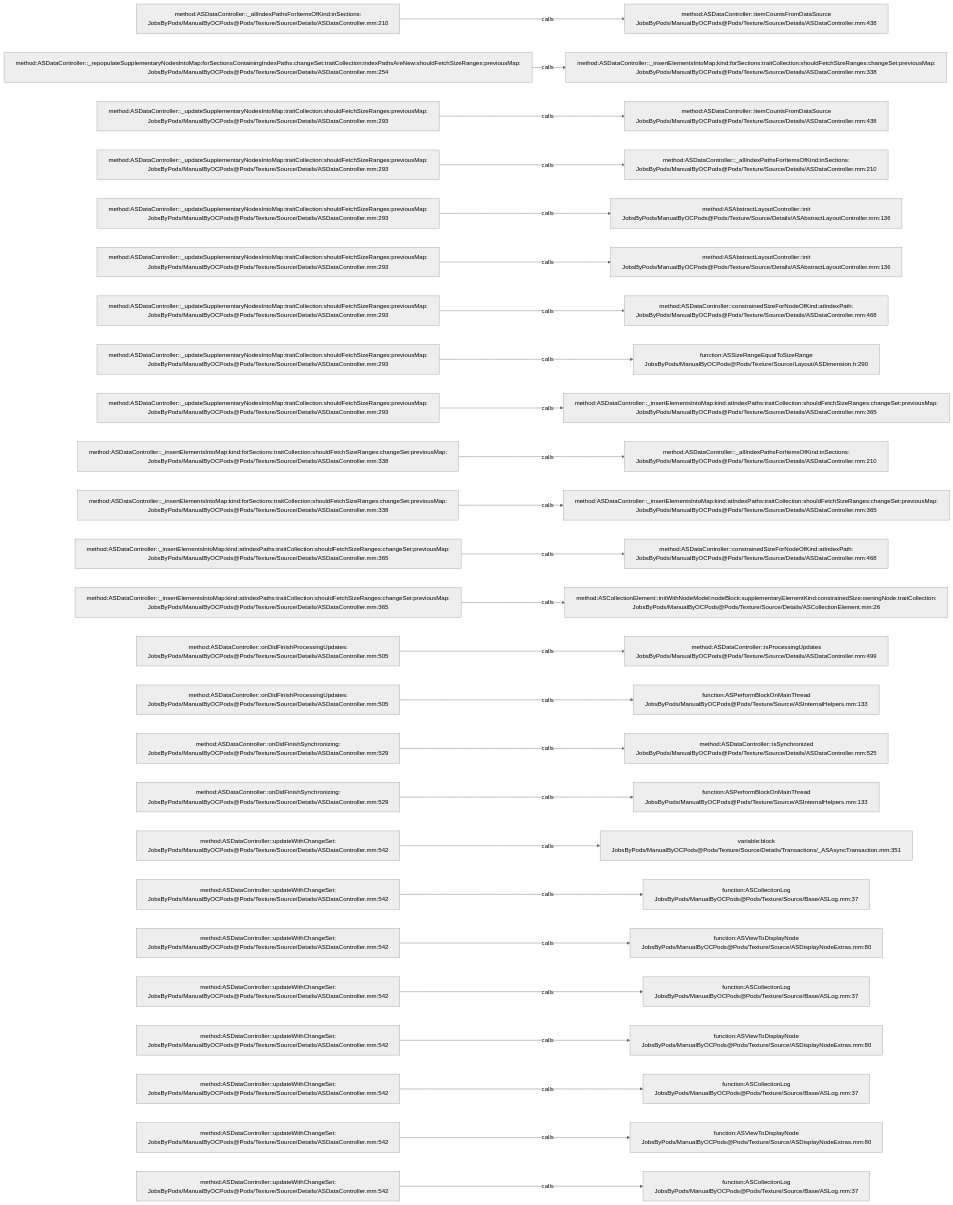
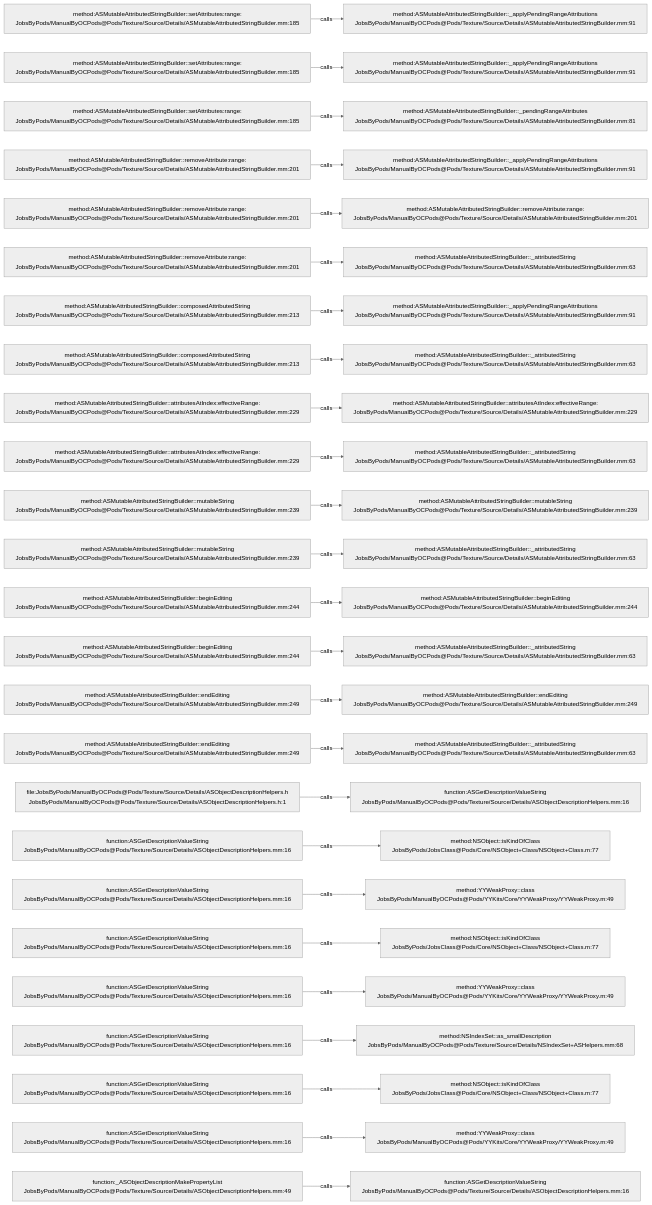
Before and after one commit to JobsKits/JobsOCBaseConfigDemo: the diagram in .codegraph/codegraph.md/graphs/calls-162.md, drawn with Mermaid (neutral theme). The commit also changed 1223 other files, not shown here.

````diff
--- a/.codegraph/codegraph.md/graphs/calls-162.md
+++ b/.codegraph/codegraph.md/graphs/calls-162.md
@@ -13,78 +13,78 @@
 ```mermaid
 flowchart LR
-  S1["method:ASDataController::_allIndexPathsForItemsOfKind:inSections:<br/>JobsByPods/ManualByOCPods@Pods/Texture/Source/Details/ASDataController.mm:210"]
-  T1["method:ASDataController::itemCountsFromDataSource<br/>JobsByPods/ManualByOCPods@Pods/Texture/Source/Details/ASDataController.mm:438"]
+  S1["method:ASMutableAttributedStringBuilder::setAttributes:range:<br/>JobsByPods/ManualByOCPods@Pods/Texture/Source/Details/ASMutableAttributedStringBuilder.mm:185"]
+  T1["method:ASMutableAttributedStringBuilder::_applyPendingRangeAttributions<br/>JobsByPods/ManualByOCPods@Pods/Texture/Source/Details/ASMutableAttributedStringBuilder.mm:91"]
   S1 -->|calls| T1
-  S2["method:ASDataController::_repopulateSupplementaryNodesIntoMap:forSectionsContainingIndexPaths:changeSet:traitCollection:indexPathsAreNew:shouldFetchSizeRanges:previousMap:<br/>JobsByPods/ManualByOCPods@Pods/Texture/Source/Details/ASDataController.mm:254"]
-  T2["method:ASDataController::_insertElementsIntoMap:kind:forSections:traitCollection:shouldFetchSizeRanges:changeSet:previousMap:<br/>JobsByPods/ManualByOCPods@Pods/Texture/Source/Details/ASDataController.mm:338"]
+  S2["method:ASMutableAttributedStringBuilder::setAttributes:range:<br/>JobsByPods/ManualByOCPods@Pods/Texture/Source/Details/ASMutableAttributedStringBuilder.mm:185"]
+  T2["method:ASMutableAttributedStringBuilder::_applyPendingRangeAttributions<br/>JobsByPods/ManualByOCPods@Pods/Texture/Source/Details/ASMutableAttributedStringBuilder.mm:91"]
   S2 -->|calls| T2
-  S3["method:ASDataController::_updateSupplementaryNodesIntoMap:traitCollection:shouldFetchSizeRanges:previousMap:<br/>JobsByPods/ManualByOCPods@Pods/Texture/Source/Details/ASDataController.mm:293"]
-  T3["method:ASDataController::itemCountsFromDataSource<br/>JobsByPods/ManualByOCPods@Pods/Texture/Source/Details/ASDataController.mm:438"]
+  S3["method:ASMutableAttributedStringBuilder::setAttributes:range:<br/>JobsByPods/ManualByOCPods@Pods/Texture/Source/Details/ASMutableAttributedStringBuilder.mm:185"]
+  T3["method:ASMutableAttributedStringBuilder::_pendingRangeAttributes<br/>JobsByPods/ManualByOCPods@Pods/Texture/Source/Details/ASMutableAttributedStringBuilder.mm:81"]
   S3 -->|calls| T3
-  S4["method:ASDataController::_updateSupplementaryNodesIntoMap:traitCollection:shouldFetchSizeRanges:previousMap:<br/>JobsByPods/ManualByOCPods@Pods/Texture/Source/Details/ASDataController.mm:293"]
-  T4["method:ASDataController::_allIndexPathsForItemsOfKind:inSections:<br/>JobsByPods/ManualByOCPods@Pods/Texture/Source/Details/ASDataController.mm:210"]
+  S4["method:ASMutableAttributedStringBuilder::removeAttribute:range:<br/>JobsByPods/ManualByOCPods@Pods/Texture/Source/Details/ASMutableAttributedStringBuilder.mm:201"]
+  T4["method:ASMutableAttributedStringBuilder::_applyPendingRangeAttributions<br/>JobsByPods/ManualByOCPods@Pods/Texture/Source/Details/ASMutableAttributedStringBuilder.mm:91"]
   S4 -->|calls| T4
-  S5["method:ASDataController::_updateSupplementaryNodesIntoMap:traitCollection:shouldFetchSizeRanges:previousMap:<br/>JobsByPods/ManualByOCPods@Pods/Texture/Source/Details/ASDataController.mm:293"]
-  T5["method:ASAbstractLayoutController::init<br/>JobsByPods/ManualByOCPods@Pods/Texture/Source/Details/ASAbstractLayoutController.mm:136"]
+  S5["method:ASMutableAttributedStringBuilder::removeAttribute:range:<br/>JobsByPods/ManualByOCPods@Pods/Texture/Source/Details/ASMutableAttributedStringBuilder.mm:201"]
+  T5["method:ASMutableAttributedStringBuilder::removeAttribute:range:<br/>JobsByPods/ManualByOCPods@Pods/Texture/Source/Details/ASMutableAttributedStringBuilder.mm:201"]
   S5 -->|calls| T5
-  S6["method:ASDataController::_updateSupplementaryNodesIntoMap:traitCollection:shouldFetchSizeRanges:previousMap:<br/>JobsByPods/ManualByOCPods@Pods/Texture/Source/Details/ASDataController.mm:293"]
-  T6["method:ASAbstractLayoutController::init<br/>JobsByPods/ManualByOCPods@Pods/Texture/Source/Details/ASAbstractLayoutController.mm:136"]
+  S6["method:ASMutableAttributedStringBuilder::removeAttribute:range:<br/>JobsByPods/ManualByOCPods@Pods/Texture/Source/Details/ASMutableAttributedStringBuilder.mm:201"]
+  T6["method:ASMutableAttributedStringBuilder::_attributedString<br/>JobsByPods/ManualByOCPods@Pods/Texture/Source/Details/ASMutableAttributedStringBuilder.mm:63"]
   S6 -->|calls| T6
-  S7["method:ASDataController::_updateSupplementaryNodesIntoMap:traitCollection:shouldFetchSizeRanges:previousMap:<br/>JobsByPods/ManualByOCPods@Pods/Texture/Source/Details/ASDataController.mm:293"]
-  T7["method:ASDataController::constrainedSizeForNodeOfKind:atIndexPath:<br/>JobsByPods/ManualByOCPods@Pods/Texture/Source/Details/ASDataController.mm:468"]
+  S7["method:ASMutableAttributedStringBuilder::composedAttributedString<br/>JobsByPods/ManualByOCPods@Pods/Texture/Source/Details/ASMutableAttributedStringBuilder.mm:213"]
+  T7["method:ASMutableAttributedStringBuilder::_applyPendingRangeAttributions<br/>JobsByPods/ManualByOCPods@Pods/Texture/Source/Details/ASMutableAttributedStringBuilder.mm:91"]
   S7 -->|calls| T7
-  S8["method:ASDataController::_updateSupplementaryNodesIntoMap:traitCollection:shouldFetchSizeRanges:previousMap:<br/>JobsByPods/ManualByOCPods@Pods/Texture/Source/Details/ASDataController.mm:293"]
-  T8["function:ASSizeRangeEqualToSizeRange<br/>JobsByPods/ManualByOCPods@Pods/Texture/Source/Layout/ASDimension.h:290"]
+  S8["method:ASMutableAttributedStringBuilder::composedAttributedString<br/>JobsByPods/ManualByOCPods@Pods/Texture/Source/Details/ASMutableAttributedStringBuilder.mm:213"]
+  T8["method:ASMutableAttributedStringBuilder::_attributedString<br/>JobsByPods/ManualByOCPods@Pods/Texture/Source/Details/ASMutableAttributedStringBuilder.mm:63"]
   S8 -->|calls| T8
-  S9["method:ASDataController::_updateSupplementaryNodesIntoMap:traitCollection:shouldFetchSizeRanges:previousMap:<br/>JobsByPods/ManualByOCPods@Pods/Texture/Source/Details/ASDataController.mm:293"]
-  T9["method:ASDataController::_insertElementsIntoMap:kind:atIndexPaths:traitCollection:shouldFetchSizeRanges:changeSet:previousMap:<br/>JobsByPods/ManualByOCPods@Pods/Texture/Source/Details/ASDataController.mm:365"]
+  S9["method:ASMutableAttributedStringBuilder::attributesAtIndex:effectiveRange:<br/>JobsByPods/ManualByOCPods@Pods/Texture/Source/Details/ASMutableAttributedStringBuilder.mm:229"]
+  T9["method:ASMutableAttributedStringBuilder::attributesAtIndex:effectiveRange:<br/>JobsByPods/ManualByOCPods@Pods/Texture/Source/Details/ASMutableAttributedStringBuilder.mm:229"]
   S9 -->|calls| T9
-  S10["method:ASDataController::_insertElementsIntoMap:kind:forSections:traitCollection:shouldFetchSizeRanges:changeSet:previousMap:<br/>JobsByPods/ManualByOCPods@Pods/Texture/Source/Details/ASDataController.mm:338"]
-  T10["method:ASDataController::_allIndexPathsForItemsOfKind:inSections:<br/>JobsByPods/ManualByOCPods@Pods/Texture/Source/Details/ASDataController.mm:210"]
+  S10["method:ASMutableAttributedStringBuilder::attributesAtIndex:effectiveRange:<br/>JobsByPods/ManualByOCPods@Pods/Texture/Source/Details/ASMutableAttributedStringBuilder.mm:229"]
+  T10["method:ASMutableAttributedStringBuilder::_attributedString<br/>JobsByPods/ManualByOCPods@Pods/Texture/Source/Details/ASMutableAttributedStringBuilder.mm:63"]
   S10 -->|calls| T10
-  S11["method:ASDataController::_insertElementsIntoMap:kind:forSections:traitCollection:shouldFetchSizeRanges:changeSet:previousMap:<br/>JobsByPods/ManualByOCPods@Pods/Texture/Source/Details/ASDataController.mm:338"]
-  T11["method:ASDataController::_insertElementsIntoMap:kind:atIndexPaths:traitCollection:shouldFetchSizeRanges:changeSet:previousMap:<br/>JobsByPods/ManualByOCPods@Pods/Texture/Source/Details/ASDataController.mm:365"]
+  S11["method:ASMutableAttributedStringBuilder::mutableString<br/>JobsByPods/ManualByOCPods@Pods/Texture/Source/Details/ASMutableAttributedStringBuilder.mm:239"]
+  T11["method:ASMutableAttributedStringBuilder::mutableString<br/>JobsByPods/ManualByOCPods@Pods/Texture/Source/Details/ASMutableAttributedStringBuilder.mm:239"]
   S11 -->|calls| T11
-  S12["method:ASDataController::_insertElementsIntoMap:kind:atIndexPaths:traitCollection:shouldFetchSizeRanges:changeSet:previousMap:<br/>JobsByPods/ManualByOCPods@Pods/Texture/Source/Details/ASDataController.mm:365"]
-  T12["method:ASDataController::constrainedSizeForNodeOfKind:atIndexPath:<br/>JobsByPods/ManualByOCPods@Pods/Texture/Source/Details/ASDataController.mm:468"]
+  S12["method:ASMutableAttributedStringBuilder::mutableString<br/>JobsByPods/ManualByOCPods@Pods/Texture/Source/Details/ASMutableAttributedStringBuilder.mm:239"]
+  T12["method:ASMutableAttributedStringBuilder::_attributedString<br/>JobsByPods/ManualByOCPods@Pods/Texture/Source/Details/ASMutableAttributedStringBuilder.mm:63"]
   S12 -->|calls| T12
-  S13["method:ASDataController::_insertElementsIntoMap:kind:atIndexPaths:traitCollection:shouldFetchSizeRanges:changeSet:previousMap:<br/>JobsByPods/ManualByOCPods@Pods/Texture/Source/Details/ASDataController.mm:365"]
-  T13["method:ASCollectionElement::initWithNodeModel:nodeBlock:supplementaryElementKind:constrainedSize:owningNode:traitCollection:<br/>JobsByPods/ManualByOCPods@Pods/Texture/Source/Details/ASCollectionElement.mm:26"]
+  S13["method:ASMutableAttributedStringBuilder::beginEditing<br/>JobsByPods/ManualByOCPods@Pods/Texture/Source/Details/ASMutableAttributedStringBuilder.mm:244"]
+  T13["method:ASMutableAttributedStringBuilder::beginEditing<br/>JobsByPods/ManualByOCPods@Pods/Texture/Source/Details/ASMutableAttributedStringBuilder.mm:244"]
   S13 -->|calls| T13
-  S14["method:ASDataController::onDidFinishProcessingUpdates:<br/>JobsByPods/ManualByOCPods@Pods/Texture/Source/Details/ASDataController.mm:505"]
-  T14["method:ASDataController::isProcessingUpdates<br/>JobsByPods/ManualByOCPods@Pods/Texture/Source/Details/ASDataController.mm:499"]
+  S14["method:ASMutableAttributedStringBuilder::beginEditing<br/>JobsByPods/ManualByOCPods@Pods/Texture/Source/Details/ASMutableAttributedStringBuilder.mm:244"]
+  T14["method:ASMutableAttributedStringBuilder::_attributedString<br/>JobsByPods/ManualByOCPods@Pods/Texture/Source/Details/ASMutableAttributedStringBuilder.mm:63"]
   S14 -->|calls| T14
-  S15["method:ASDataController::onDidFinishProcessingUpdates:<br/>JobsByPods/ManualByOCPods@Pods/Texture/Source/Details/ASDataController.mm:505"]
-  T15["function:ASPerformBlockOnMainThread<br/>JobsByPods/ManualByOCPods@Pods/Texture/Source/ASInternalHelpers.mm:133"]
+  S15["method:ASMutableAttributedStringBuilder::endEditing<br/>JobsByPods/ManualByOCPods@Pods/Texture/Source/Details/ASMutableAttributedStringBuilder.mm:249"]
+  T15["method:ASMutableAttributedStringBuilder::endEditing<br/>JobsByPods/ManualByOCPods@Pods/Texture/Source/Details/ASMutableAttributedStringBuilder.mm:249"]
   S15 -->|calls| T15
-  S16["method:ASDataController::onDidFinishSynchronizing:<br/>JobsByPods/ManualByOCPods@Pods/Texture/Source/Details/ASDataController.mm:529"]
-  T16["method:ASDataController::isSynchronized<br/>JobsByPods/ManualByOCPods@Pods/Texture/Source/Details/ASDataController.mm:525"]
+  S16["method:ASMutableAttributedStringBuilder::endEditing<br/>JobsByPods/ManualByOCPods@Pods/Texture/Source/Details/ASMutableAttributedStringBuilder.mm:249"]
+  T16["method:ASMutableAttributedStringBuilder::_attributedString<br/>JobsByPods/ManualByOCPods@Pods/Texture/Source/Details/ASMutableAttributedStringBuilder.mm:63"]
   S16 -->|calls| T16
-  S17["method:ASDataController::onDidFinishSynchronizing:<br/>JobsByPods/ManualByOCPods@Pods/Texture/Source/Details/ASDataController.mm:529"]
-  T17["function:ASPerformBlockOnMainThread<br/>JobsByPods/ManualByOCPods@Pods/Texture/Source/ASInternalHelpers.mm:133"]
+  S17["file:JobsByPods/ManualByOCPods@Pods/Texture/Source/Details/ASObjectDescriptionHelpers.h<br/>JobsByPods/ManualByOCPods@Pods/Texture/Source/Details/ASObjectDescriptionHelpers.h:1"]
+  T17["function:ASGetDescriptionValueString<br/>JobsByPods/ManualByOCPods@Pods/Texture/Source/Details/ASObjectDescriptionHelpers.mm:16"]
   S17 -->|calls| T17
-  S18["method:ASDataController::updateWithChangeSet:<br/>JobsByPods/ManualByOCPods@Pods/Texture/Source/Details/ASDataController.mm:542"]
-  T18["variable:block<br/>JobsByPods/ManualByOCPods@Pods/Texture/Source/Details/Transactions/_ASAsyncTransaction.mm:351"]
+  S18["function:ASGetDescriptionValueString<br/>JobsByPods/ManualByOCPods@Pods/Texture/Source/Details/ASObjectDescriptionHelpers.mm:16"]
+  T18["method:NSObject::isKindOfClass<br/>JobsByPods/JobsClass@Pods/Core/NSObject+Class/NSObject+Class.m:77"]
   S18 -->|calls| T18
-  S19["method:ASDataController::updateWithChangeSet:<br/>JobsByPods/ManualByOCPods@Pods/Texture/Source/Details/ASDataController.mm:542"]
-  T19["function:ASCollectionLog<br/>JobsByPods/ManualByOCPods@Pods/Texture/Source/Base/ASLog.mm:37"]
+  S19["function:ASGetDescriptionValueString<br/>JobsByPods/ManualByOCPods@Pods/Texture/Source/Details/ASObjectDescriptionHelpers.mm:16"]
+  T19["method:YYWeakProxy::class<br/>JobsByPods/ManualByOCPods@Pods/YYKits/Core/YYWeakProxy/YYWeakProxy.m:49"]
   S19 -->|calls| T19
-  S20["method:ASDataController::updateWithChangeSet:<br/>JobsByPods/ManualByOCPods@Pods/Texture/Source/Details/ASDataController.mm:542"]
-  T20["function:ASViewToDisplayNode<br/>JobsByPods/ManualByOCPods@Pods/Texture/Source/ASDisplayNodeExtras.mm:80"]
+  S20["function:ASGetDescriptionValueString<br/>JobsByPods/ManualByOCPods@Pods/Texture/Source/Details/ASObjectDescriptionHelpers.mm:16"]
+  T20["method:NSObject::isKindOfClass<br/>JobsByPods/JobsClass@Pods/Core/NSObject+Class/NSObject+Class.m:77"]
   S20 -->|calls| T20
-  S21["method:ASDataController::updateWithChangeSet:<br/>JobsByPods/ManualByOCPods@Pods/Texture/Source/Details/ASDataController.mm:542"]
-  T21["function:ASCollectionLog<br/>JobsByPods/ManualByOCPods@Pods/Texture/Source/Base/ASLog.mm:37"]
+  S21["function:ASGetDescriptionValueString<br/>JobsByPods/ManualByOCPods@Pods/Texture/Source/Details/ASObjectDescriptionHelpers.mm:16"]
+  T21["method:YYWeakProxy::class<br/>JobsByPods/ManualByOCPods@Pods/YYKits/Core/YYWeakProxy/YYWeakProxy.m:49"]
   S21 -->|calls| T21
-  S22["method:ASDataController::updateWithChangeSet:<br/>JobsByPods/ManualByOCPods@Pods/Texture/Source/Details/ASDataController.mm:542"]
-  T22["function:ASViewToDisplayNode<br/>JobsByPods/ManualByOCPods@Pods/Texture/Source/ASDisplayNodeExtras.mm:80"]
+  S22["function:ASGetDescriptionValueString<br/>JobsByPods/ManualByOCPods@Pods/Texture/Source/Details/ASObjectDescriptionHelpers.mm:16"]
+  T22["method:NSIndexSet::as_smallDescription<br/>JobsByPods/ManualByOCPods@Pods/Texture/Source/Details/NSIndexSet+ASHelpers.mm:68"]
   S22 -->|calls| T22
-  S23["method:ASDataController::updateWithChangeSet:<br/>JobsByPods/ManualByOCPods@Pods/Texture/Source/Details/ASDataController.mm:542"]
-  T23["function:ASCollectionLog<br/>JobsByPods/ManualByOCPods@Pods/Texture/Source/Base/ASLog.mm:37"]
+  S23["function:ASGetDescriptionValueString<br/>JobsByPods/ManualByOCPods@Pods/Texture/Source/Details/ASObjectDescriptionHelpers.mm:16"]
+  T23["method:NSObject::isKindOfClass<br/>JobsByPods/JobsClass@Pods/Core/NSObject+Class/NSObject+Class.m:77"]
   S23 -->|calls| T23
-  S24["method:ASDataController::updateWithChangeSet:<br/>JobsByPods/ManualByOCPods@Pods/Texture/Source/Details/ASDataController.mm:542"]
-  T24["function:ASViewToDisplayNode<br/>JobsByPods/ManualByOCPods@Pods/Texture/Source/ASDisplayNodeExtras.mm:80"]
+  S24["function:ASGetDescriptionValueString<br/>JobsByPods/ManualByOCPods@Pods/Texture/Source/Details/ASObjectDescriptionHelpers.mm:16"]
+  T24["method:YYWeakProxy::class<br/>JobsByPods/ManualByOCPods@Pods/YYKits/Core/YYWeakProxy/YYWeakProxy.m:49"]
   S24 -->|calls| T24
-  S25["method:ASDataController::updateWithChangeSet:<br/>JobsByPods/ManualByOCPods@Pods/Texture/Source/Details/ASDataController.mm:542"]
-  T25["function:ASCollectionLog<br/>JobsByPods/ManualByOCPods@Pods/Texture/Source/Base/ASLog.mm:37"]
+  S25["function:_ASObjectDescriptionMakePropertyList<br/>JobsByPods/ManualByOCPods@Pods/Texture/Source/Details/ASObjectDescriptionHelpers.mm:49"]
+  T25["function:ASGetDescriptionValueString<br/>JobsByPods/ManualByOCPods@Pods/Texture/Source/Details/ASObjectDescriptionHelpers.mm:16"]
   S25 -->|calls| T25
 ```
````
